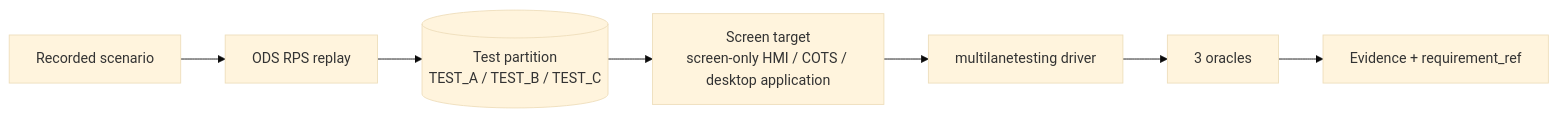
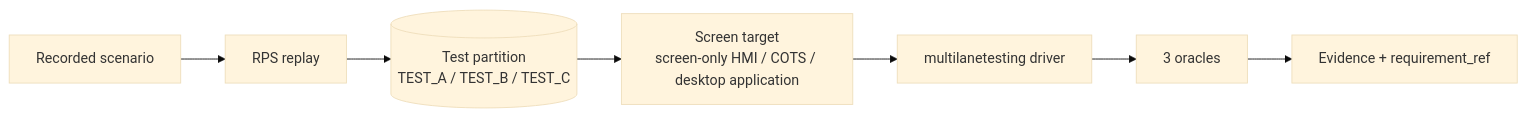
Before and after one commit to ErkanBarin/multiLaneTesting: the third of 3 diagrams in ARCHITECTURE.md, drawn with Mermaid (base theme). The commit also changed other lines of this file and 93 other files, not shown here.

````diff
--- a/ARCHITECTURE.md
+++ b/ARCHITECTURE.md
@@ -100,9 +99,9 @@
 ```mermaid
 flowchart LR
-  rec[Recorded scenario] --> rps[ODS RPS replay]
+  rec[Recorded scenario] --> rps[RPS replay]
   rps --> part[(Test partition<br/>TEST_A / TEST_B / TEST_C)]
   part --> target[Screen target<br/>screen-only HMI / COTS / desktop application]
   target --> driver[multilanetesting driver]
   driver --> oracles[3 oracles]
   oracles --> evidence[Evidence + requirement_ref]
 ```
````
